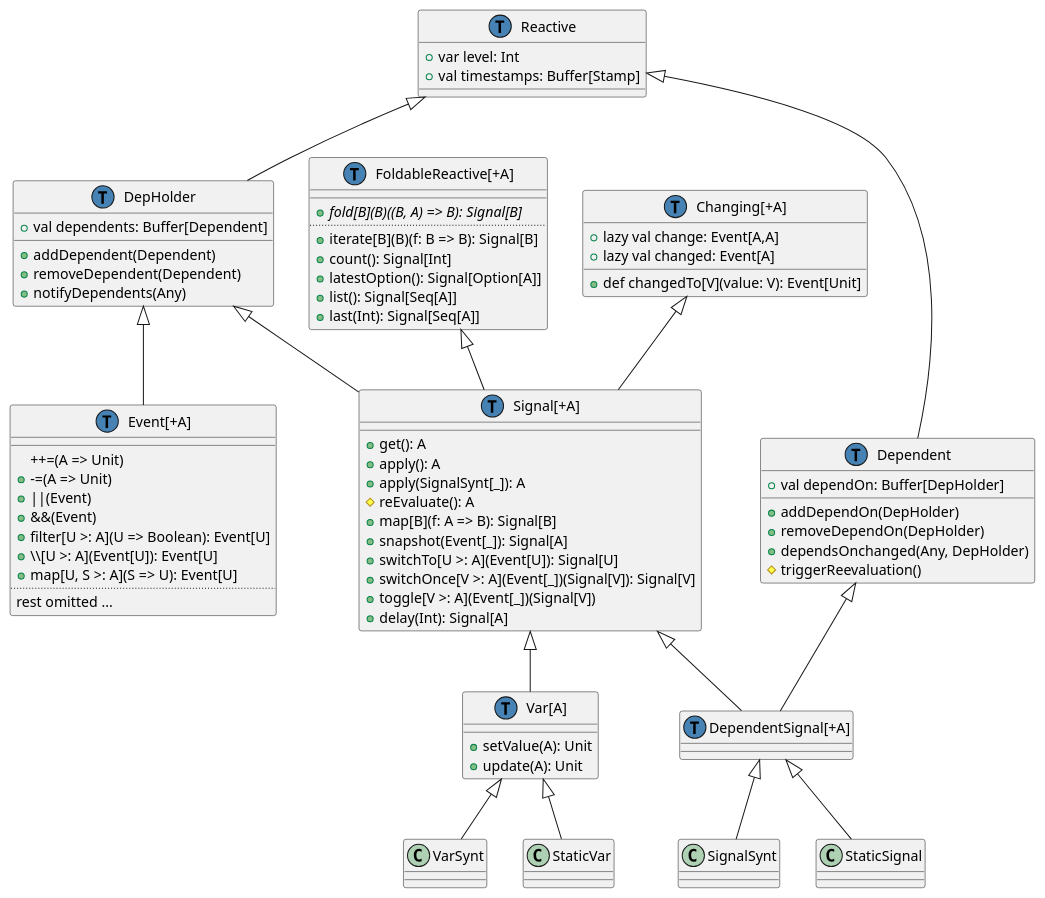
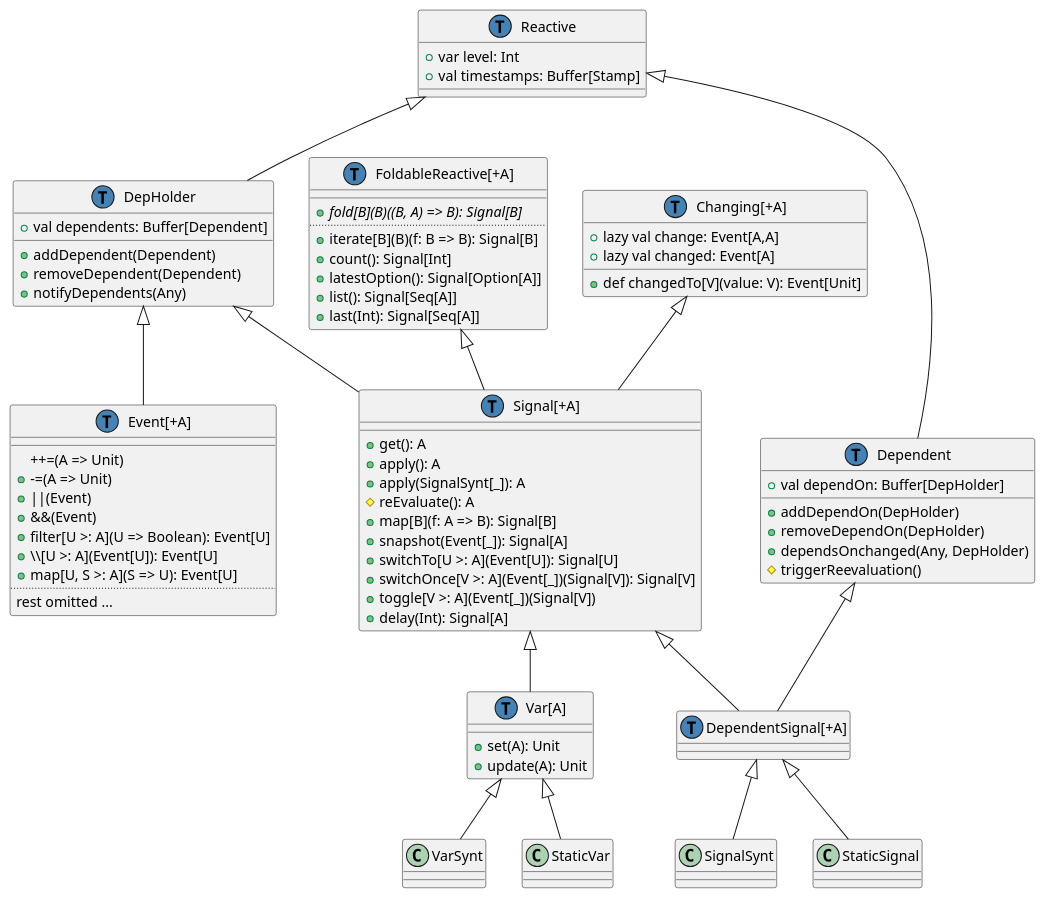
One commit to rescala-lang/REScala changed the diagram in doc/class-hierarchy/post-refactoring-may-14.plantuml. Above: the diagram before and after it, drawn with PlantUML. The commit also changed 15 other files, not shown here.

Commit message:
Rename `setValue` to `set`

```diff
--- a/doc/class-hierarchy/post-refactoring-may-14.plantuml
+++ b/doc/class-hierarchy/post-refactoring-may-14.plantuml
@@ -1,99 +1,99 @@
 @startuml
 class Reactive {
   +var level: Int
   +val timestamps: Buffer[Stamp]
 }
 
 class DepHolder {
   +val dependents: Buffer[Dependent]
   __
   +addDependent(Dependent)
   +removeDependent(Dependent)
   +notifyDependents(Any)
 }
 Reactive <|-- DepHolder
 
 class Dependent {
   +val dependOn: Buffer[DepHolder]
   __
   +addDependOn(DepHolder)
   +removeDependOn(DepHolder)
   +dependsOnchanged(Any, DepHolder)
   #triggerReevaluation()
 }
 Reactive <|-- Dependent
 
 class "Signal[+A]" as Signal {
   +get(): A
   +apply(): A
   +apply(SignalSynt[_]): A
   #reEvaluate(): A
   +map[B](f: A => B): Signal[B]
   +snapshot(Event[_]): Signal[A]
   +switchTo[U >: A](Event[U]): Signal[U]
   +switchOnce[V >: A](Event[_])(Signal[V]): Signal[V]
   +toggle[V >: A](Event[_])(Signal[V])
   +delay(Int): Signal[A]
 }
 DepHolder <|-- Signal
 FoldableReactive <|-- Signal
 
 class "Var[A]" as Var {
   __
-  +setValue(A): Unit
+  +set(A): Unit
   +update(A): Unit
 }
 Signal <|-- Var
 
 class "DependentSignal[+A]" as DependentSignal
 Dependent <|-- DependentSignal
 Signal <|-- DependentSignal
 
 class "Event[+A]" as Event {
   __
   ++=(A => Unit)
   +-=(A => Unit)
   +||(Event)
   +&&(Event)
   +filter[U >: A](U => Boolean): Event[U]
   +\\\[U >: A](Event[U]): Event[U]
   +map[U, S >: A](S => U): Event[U]
   ..
   rest omitted ...
 }
 DepHolder <|-- Event
 
 class "FoldableReactive[+A]" as FoldableReactive {
   __
   + {abstract} fold[B](B)((B, A) => B): Signal[B]
   ..
   +iterate[B](B)(f: B => B): Signal[B]
   +count(): Signal[Int]
   +latestOption(): Signal[Option[A]]
   +list(): Signal[Seq[A]]
   +last(Int): Signal[Seq[A]]
 }
 
 class "Changing[+A]" as Changing {
   +lazy val change: Event[A,A]
   +lazy val changed: Event[A]
   __
   +def changedTo[V](value: V): Event[Unit]
 }
 Changing <|-- Signal
 
 DependentSignal <|-- SignalSynt
 DependentSignal <|-- StaticSignal
 Var <|-- VarSynt
 Var <|-- StaticVar
 
 class Signal << (T,#4682b4) >>
 class Var << (T,#4682b4) >>
 class DepHolder << (T,#4682b4) >>
 class Dependent << (T,#4682b4) >>
 class Reactive << (T,#4682b4) >>
 class Event << (T,#4682b4) >>
 class DependentSignal << (T,#4682b4) >>
 class Changing << (T,#4682b4) >>
 class FoldableReactive << (T,#4682b4) >>
 @enduml
```
